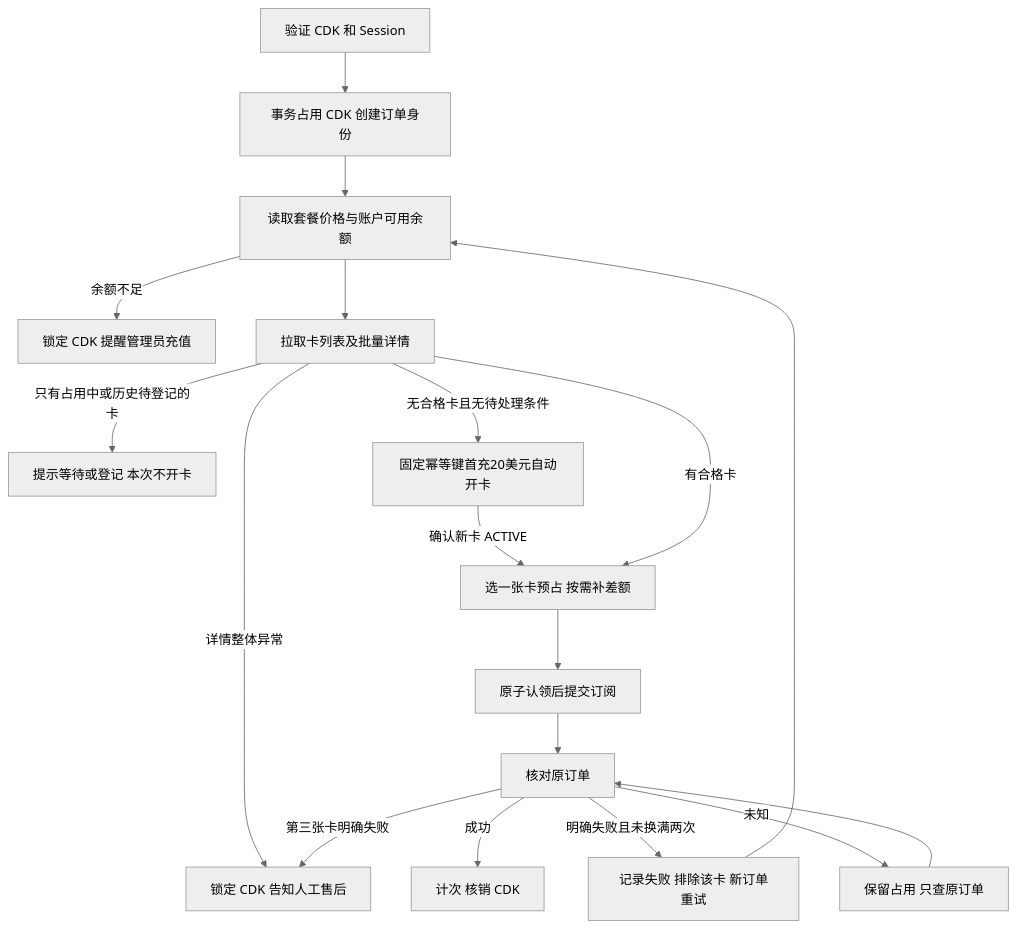
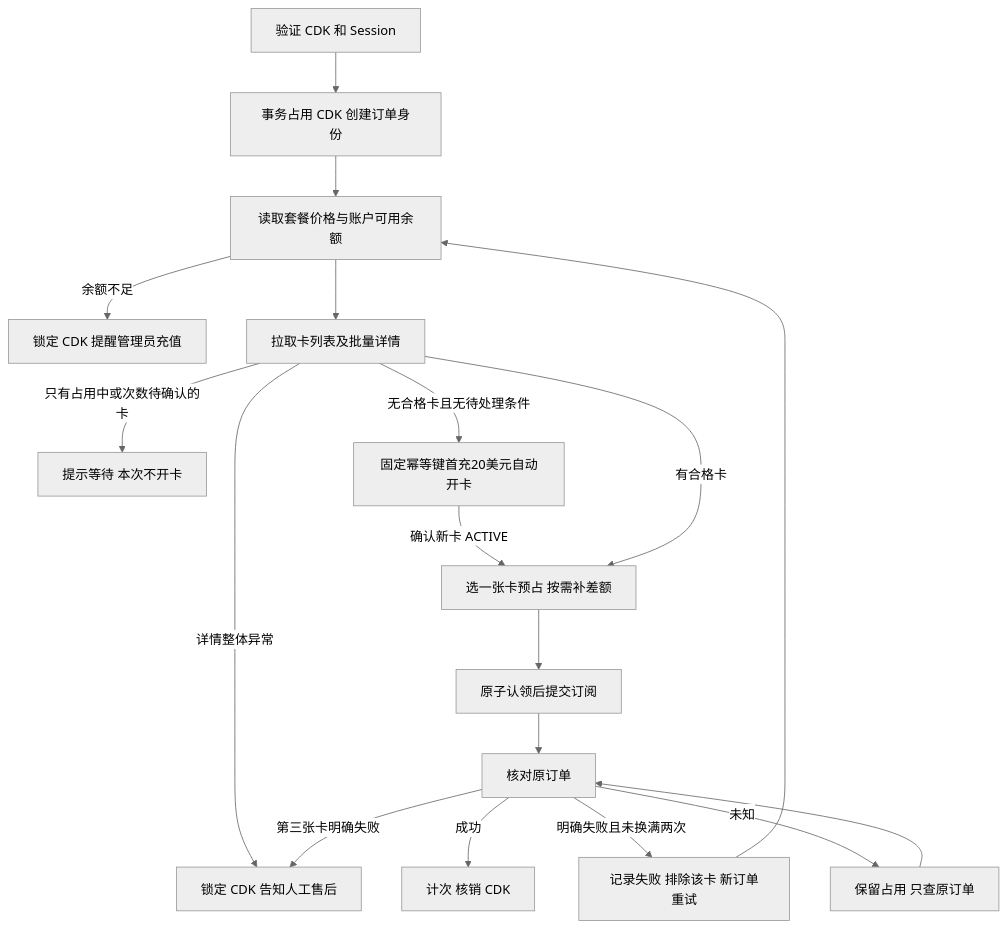
Before and after one commit to miracal-0312/Pay-gpt-Orbit: the diagram in RECHARGE-AUDIT.md, drawn with Mermaid (neutral theme). The commit also changed other lines of this file and 26 other files, not shown here.

````diff
--- a/RECHARGE-AUDIT.md
+++ b/RECHARGE-AUDIT.md
@@ -7,20 +7,20 @@
 ```mermaid
 flowchart TD
     A[验证 CDK 和 Session] --> B[事务占用 CDK 创建订单身份]
     B --> C[读取套餐价格与账户可用余额]
     C -->|余额不足| D[锁定 CDK 提醒管理员充值]
     C --> E[拉取卡列表及批量详情]
     E -->|详情整体异常| F[锁定 CDK 告知人工售后]
-    E -->|只有占用中或历史待登记的卡| W[提示等待或登记 本次不开卡]
+    E -->|只有占用中或次数待确认的卡| W[提示等待 本次不开卡]
     E -->|无合格卡且无待处理条件| M[固定幂等键首充20美元自动开卡]
     M -->|确认新卡 ACTIVE| G
     E -->|有合格卡| G[选一张卡预占 按需补差额]
     G --> H[原子认领后提交订阅]
     H --> I[核对原订单]
     I -->|成功| J[计次 核销 CDK]
     I -->|明确失败且未换满两次| K[记录失败 排除该卡 新订单重试]
     K --> C
     I -->|第三张卡明确失败| F
     I -->|未知| L[保留占用 只查原订单]
     L --> I
 ```
````
